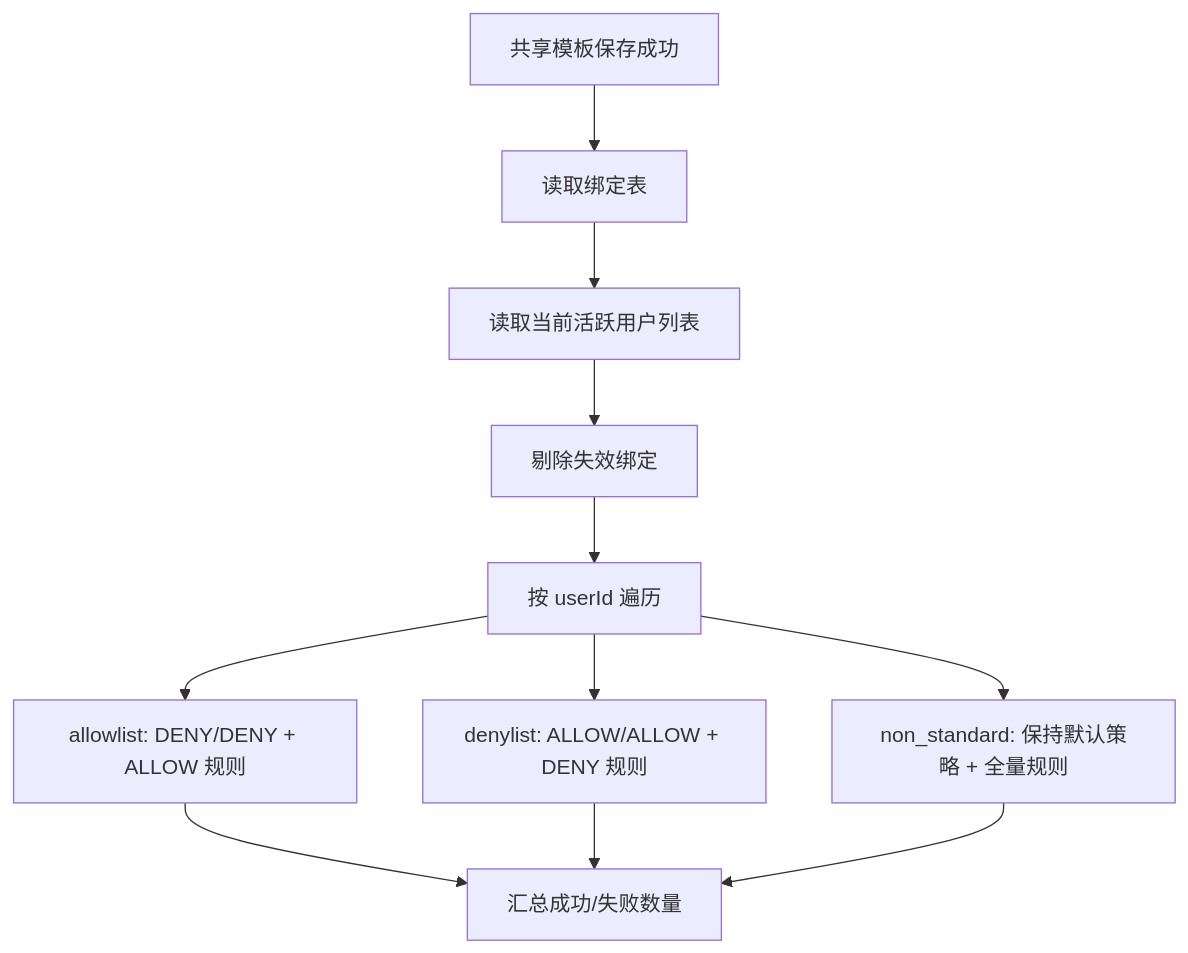
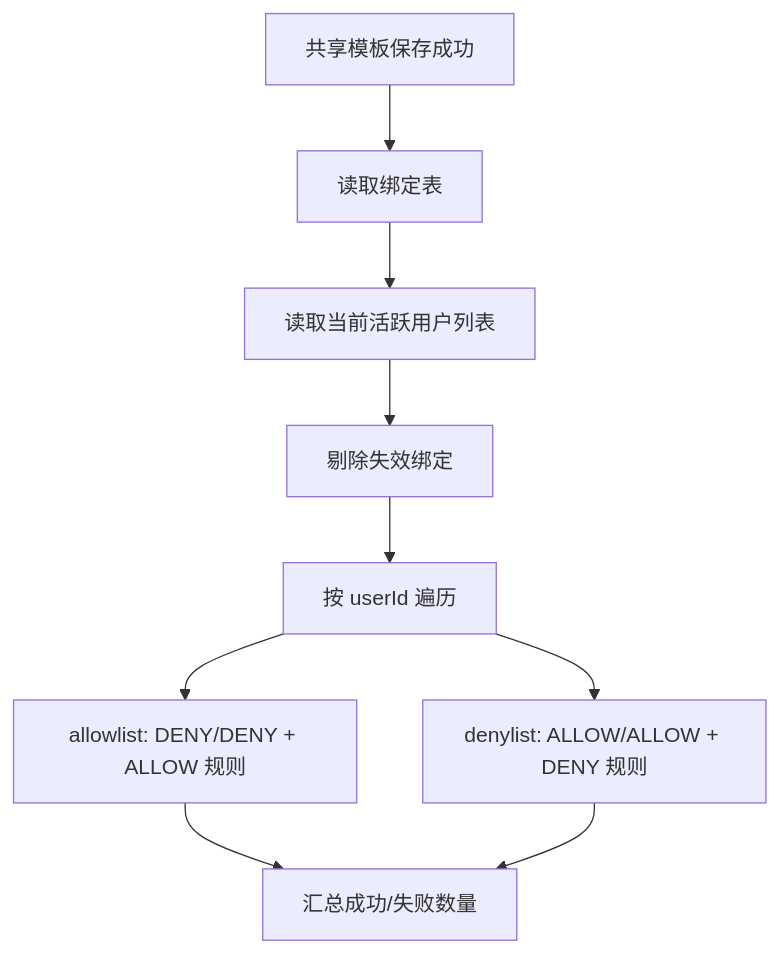
One commit to Deslord319/security_tool changed the sixth of 6 diagrams in docs/03-模块设计/防火墙管理组件设计说明.md. Above: the diagram before and after it, drawn with Mermaid. The commit also changed other lines of this file and 5 other files, not shown here.

Commit message:
refactor: remove firewall non_standard user mode

````diff
--- a/docs/03-模块设计/防火墙管理组件设计说明.md
+++ b/docs/03-模块设计/防火墙管理组件设计说明.md
@@ -570,13 +560,11 @@
 ```mermaid
 flowchart TD
   A["共享模板保存成功"] --> B["读取绑定表"]
   B --> C["读取当前活跃用户列表"]
   C --> D["剔除失效绑定"]
   D --> E["按 userId 遍历"]
   E --> F["allowlist: DENY/DENY + ALLOW 规则"]
   E --> G["denylist: ALLOW/ALLOW + DENY 规则"]
-  E --> H["non_standard: 保持默认策略 + 全量规则"]
   F --> I["汇总成功/失败数量"]
   G --> I
-  H --> I
 ```
````
